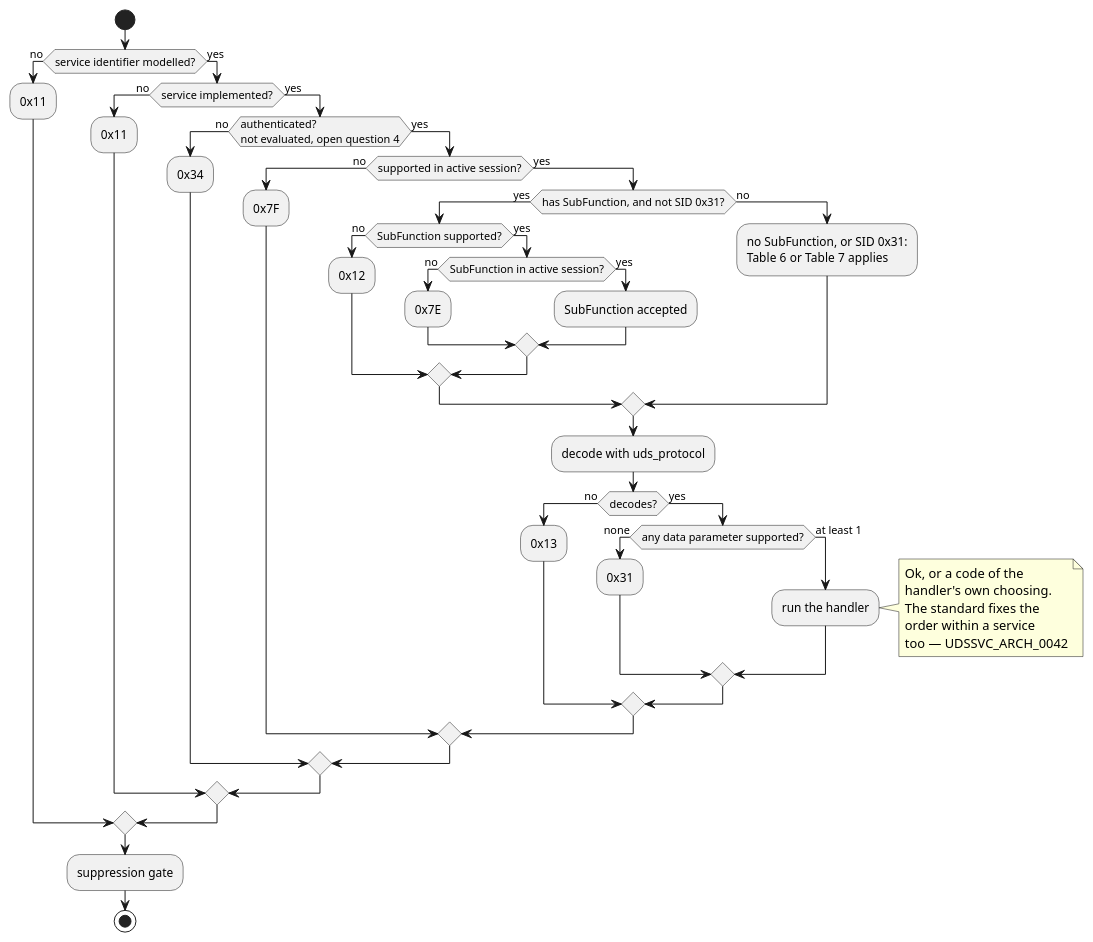
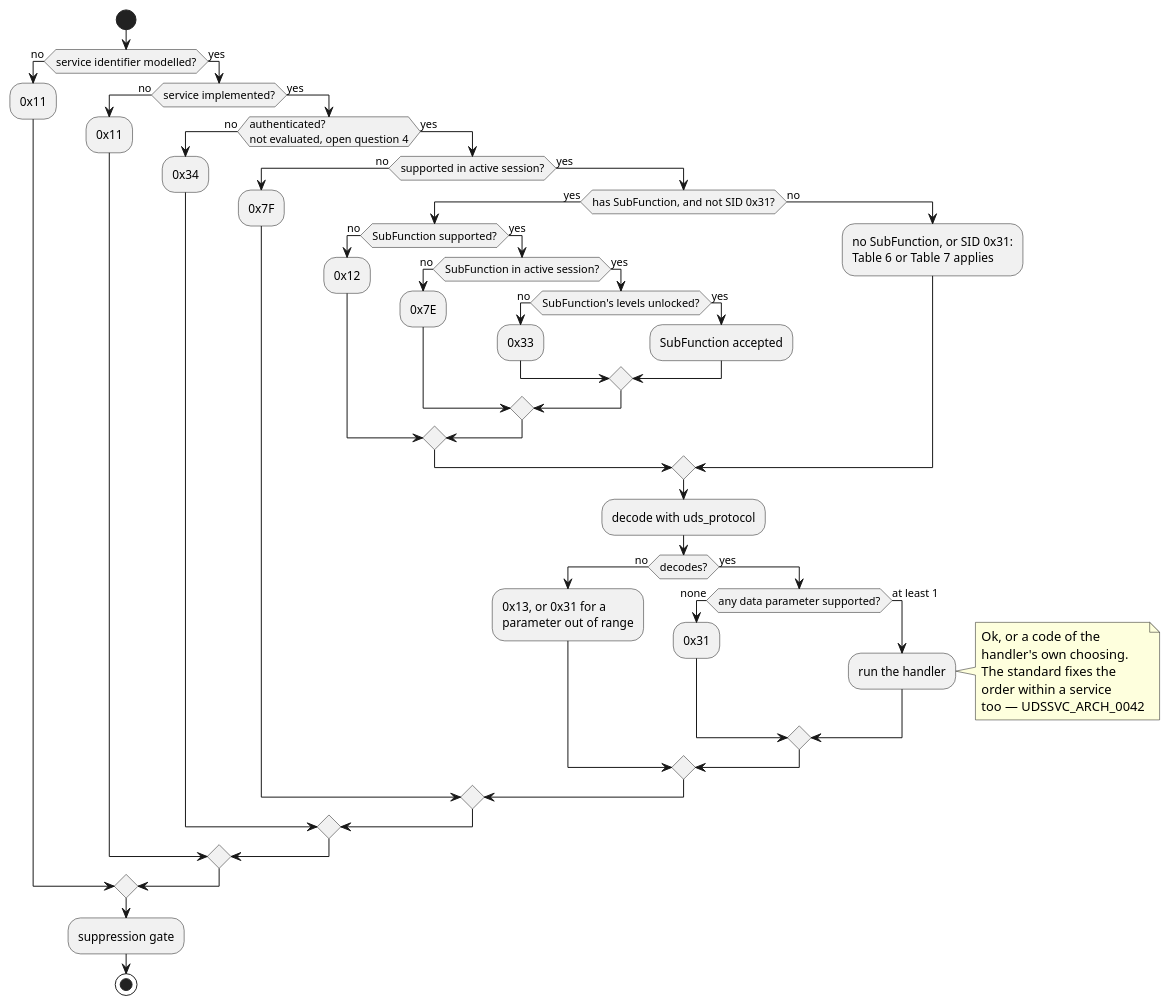
The second of 3 diagrams in docs/architecture/dispatch.rst (luminartech/uds_stack), drawn with PlantUML before and after one commit. The commit also changed other lines of this file and 31 other files, not shown here.

```diff
--- a/docs/architecture/dispatch.rst
+++ b/docs/architecture/dispatch.rst
@@ -72,57 +72,62 @@
 .. uml::
    :align: center
    :caption: The mandatory path. Optional and manufacturer-specific checks
              (``UDSSVC_ARCH_0011``) are omitted; each attaches at a stated position.
 
    @startuml
    start
    if (service identifier modelled?) then (no)
      :0x11; <<negative>>
    else (yes)
      if (service implemented?) then (no)
        :0x11; <<negative>>
      else (yes)
        if (authenticated?\nnot evaluated, open question 4) then (no)
          :0x34; <<negative>>
        else (yes)
          if (supported in active session?) then (no)
            :0x7F; <<negative>>
          else (yes)
            if (has SubFunction, and not SID 0x31?) then (yes)
              if (SubFunction supported?) then (no)
                :0x12; <<negative>>
              else (yes)
                if (SubFunction in active session?) then (no)
                  :0x7E; <<negative>>
                else (yes)
-                 :SubFunction accepted;
+                 if (SubFunction's levels unlocked?) then (no)
+                   :0x33; <<negative>>
+                 else (yes)
+                   :SubFunction accepted;
+                 endif
                endif
              endif
            else (no)
              :no SubFunction, or SID 0x31:
              Table 6 or Table 7 applies;
            endif
            :decode with uds_protocol;
            if (decodes?) then (no)
-             :0x13; <<negative>>
+             :0x13, or 0x31 for a
+             parameter out of range; <<negative>>
            else (yes)
              if (any data parameter supported?) then (none)
                :0x31; <<negative>>
              else (at least 1)
                :run the handler;
                note right
                  Ok, or a code of the
                  handler's own choosing.
                  The standard fixes the
                  order within a service
                  too — UDSSVC_ARCH_0042
                end note
              endif
            endif
          endif
        endif
      endif
    endif
    :suppression gate;
    stop
    @enduml
```
